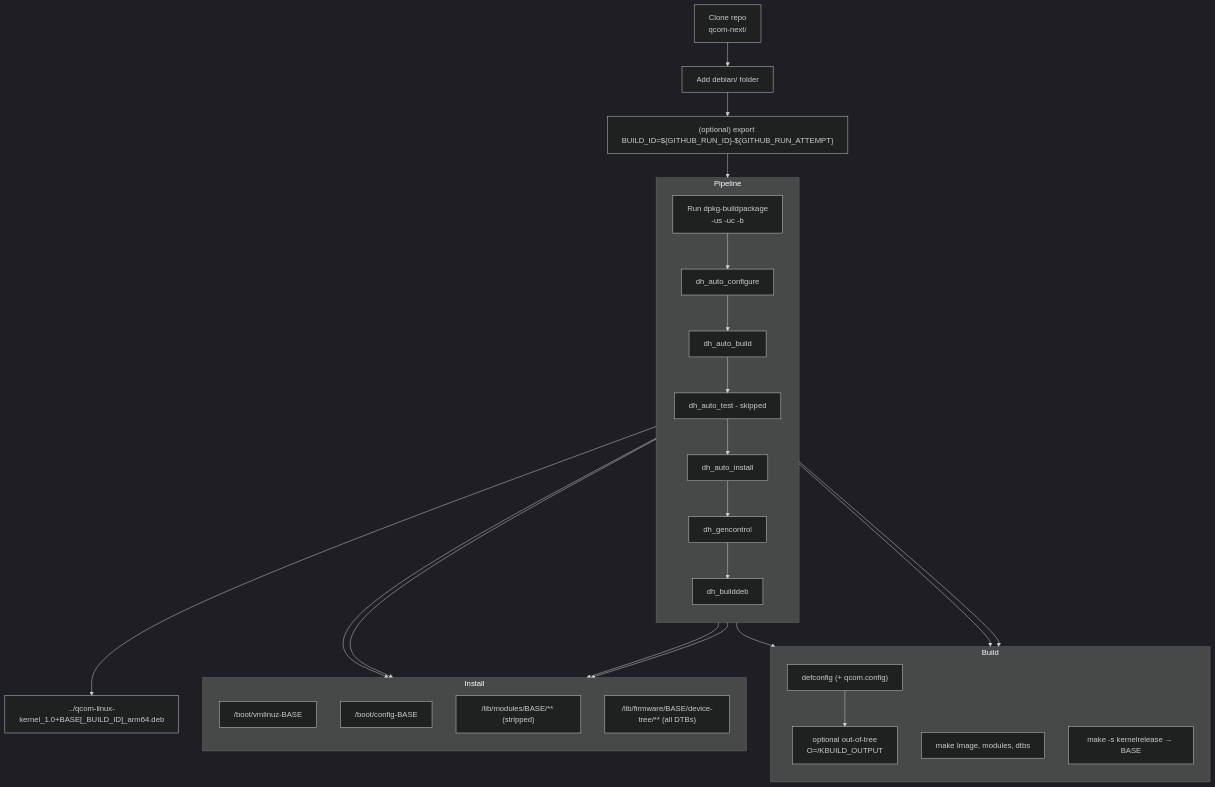
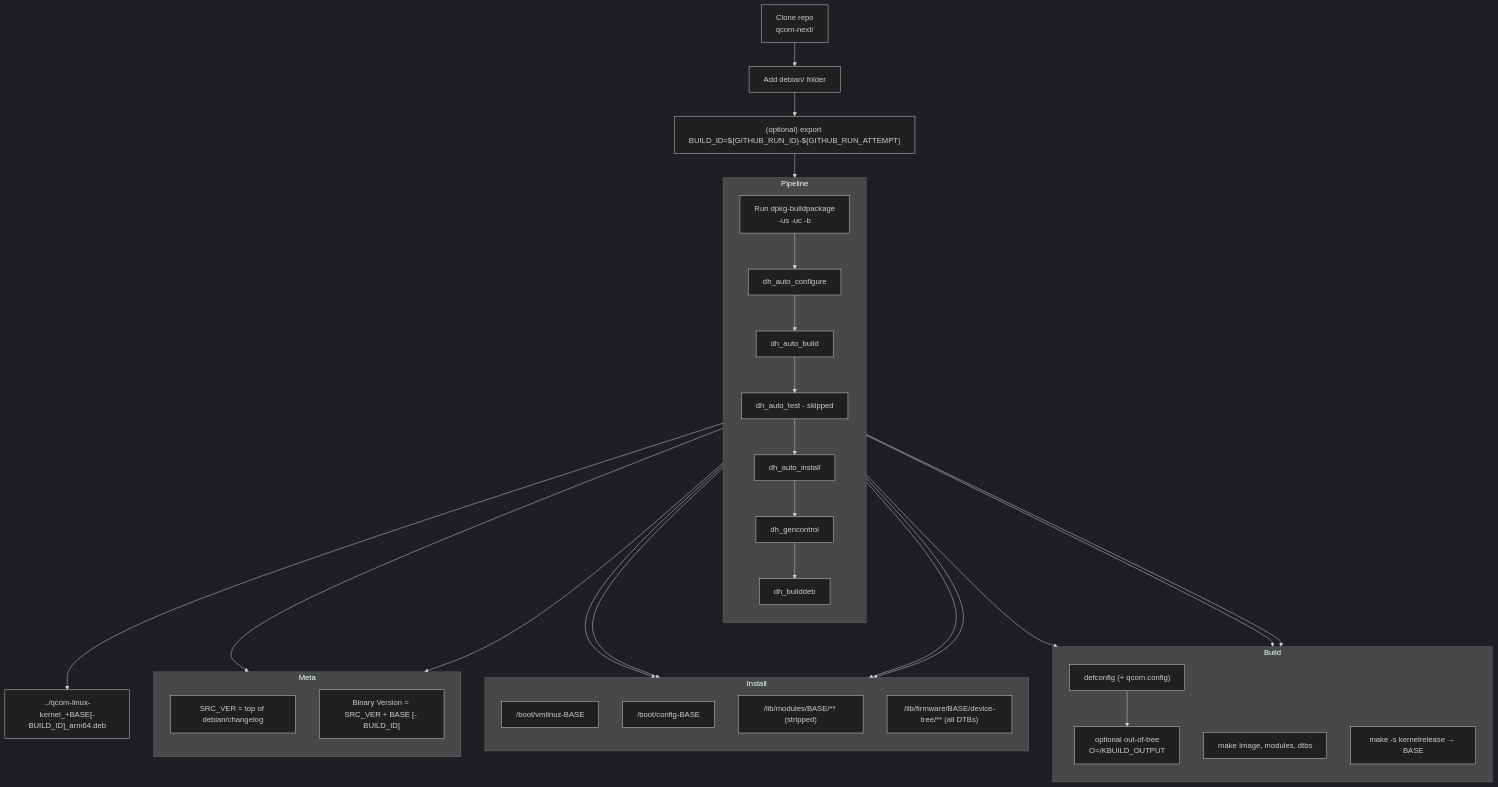
One commit to qualcomm-linux/pkg-linux-qcom changed the diagram in README.md. Above: the diagram before and after it, drawn with Mermaid (dark theme).

Commit message:
docs(README): update Mermaid to depict target versioning <SRC_VER>+BASE[-BUILD_ID]

````diff
--- a/README.md
+++ b/README.md
@@ -5,35 +5,41 @@
 ```mermaid
 flowchart TD
   A["Clone repo<br/>qcom-next/"] --> B["Add debian/ folder"]
   B --> X["(optional) export BUILD_ID=${GITHUB_RUN_ID}-${GITHUB_RUN_ATTEMPT}"]
   X --> C["Run dpkg-buildpackage<br/>-us -uc -b"]
 
   subgraph Pipeline
     direction TB
     C --> E[dh_auto_configure]
     E --> F[dh_auto_build]
     F --> G["dh_auto_test - skipped"]
     G --> H[dh_auto_install]
     H --> I[dh_gencontrol]
     I --> J[dh_builddeb]
   end
 
   subgraph Build
     direction TB
     E --> K["defconfig (+ qcom.config)"]
     K --> L["optional out-of-tree<br/>O=/KBUILD_OUTPUT"]
     F --> M["make Image, modules, dtbs"]
     F --> N["make -s kernelrelease → BASE"]
   end
 
   subgraph Install
     direction TB
     H --> P["/boot/vmlinuz-BASE"]
     H --> Q["/boot/config-BASE"]
     H --> R["/lib/modules/BASE/** (stripped)"]
     H --> S["/lib/firmware/BASE/device-tree/** (all DTBs)"]
   end
 
-  J --> T["../qcom-linux-kernel_1.0+BASE[_BUILD_ID]_arm64.deb"]
+  subgraph Meta
+    direction TB
+    I --> V1["SRC_VER = top of debian/changelog"]
+    I --> V2["Binary Version = SRC_VER + BASE [- BUILD_ID]"]
+  end
+
+  J --> T["../qcom-linux-kernel_<SRC_VER>+BASE[-BUILD_ID]_arm64.deb"]
 
 ```
````
